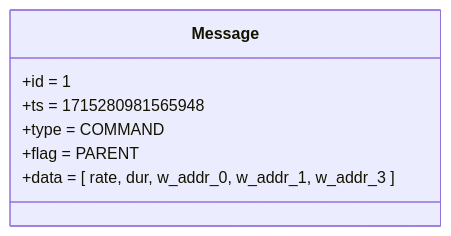
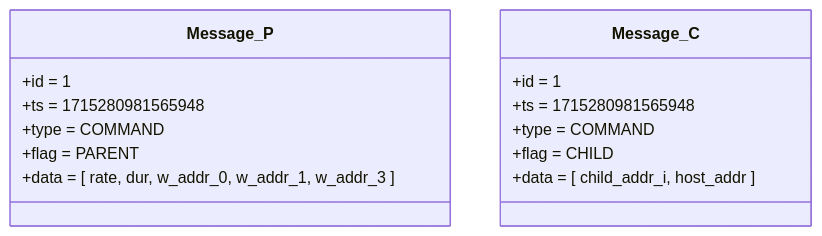
One commit to duclos-cavalcanti/TreeBuilder changed the fourth of 6 diagrams in docs/slidev/slides/Workflow-2.0.md. Above: the diagram before and after it, drawn with Mermaid. The commit also changed other lines of this file and 11 other files, not shown here.

````diff
--- a/docs/slidev/slides/Workflow-2.0.md
+++ b/docs/slidev/slides/Workflow-2.0.md
@@ -118,11 +120,20 @@
 ```mermaid
 classDiagram
-    class Message{
+    class Message_P{
             +id   = 1
             +ts   = 1715280981565948
             +type = COMMAND
             +flag = PARENT
             +data = [ rate, dur, w_addr_0, w_addr_1, w_addr_3 ]
     }
+
+    class Message_C{
+            +id   = 1
+            +ts   = 1715280981565948
+            +type = COMMAND
+            +flag = CHILD
+            +data = [ child_addr_i, host_addr ]
+    }
+
     %% style Message fill:#0070C0,color:#fff
 ```
````
